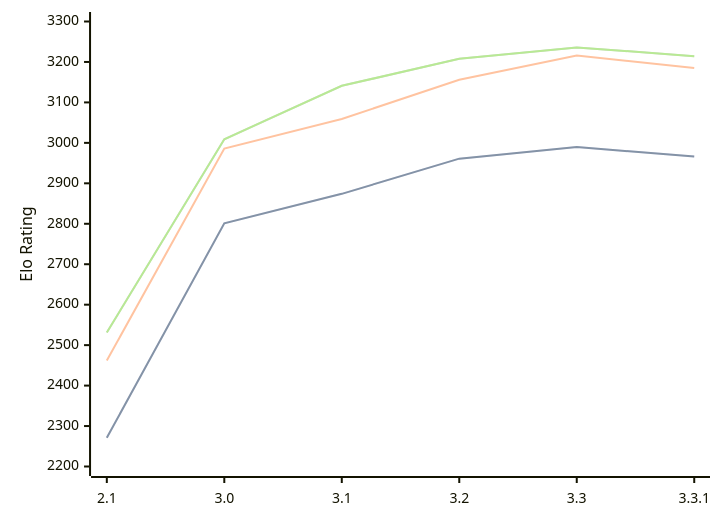
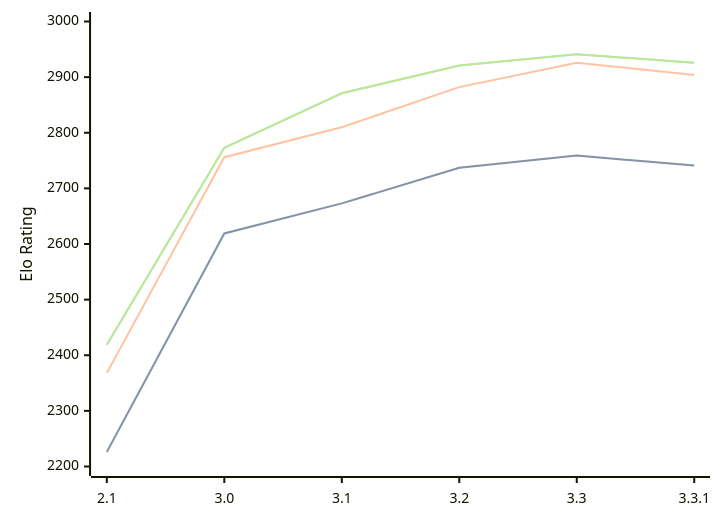
Before and after one commit to computer-chess-index/cci: the diagram in engines/Petrel.md, drawn with Mermaid. The commit also changed other lines of this file, not shown here.

Commit message:
Update CCI Ratings (ELO VLTC) - 2026-02-23

````diff
--- a/engines/Petrel.md
+++ b/engines/Petrel.md
@@ -40,11 +40,11 @@
 ```mermaid
 %%{init: {"theme":"base","themeVariables":{"seriesColors:['#a3a3a3','#222221','#faa371']}}}%%
 xychart-beta
   x-axis ["2.1", "3.0", "3.1", "3.2", "3.3", "3.3.1"]
-  y-axis "Elo Rating" 2200 --> 3300
-  line "STC (8.0+0.08s)" [2271, 2801, 2874, 2961, 2990, 2966]
-  line "STC (8.0+0.08s)" [2271, 2801, 2874, 2961, 2990, 2966]
-  line "LTC (60.0+0.60s)" [2462, 2986, 3059, 3156, 3216, 3185]
-  line "VLTC (2m24s+1.12s)" [2531, 3009, 3141, 3208, 3236, 3214]
-  line "VLTC (2m24s+1.12s)" [2531, 3009, 3141, 3208, 3236, 3214]
+  y-axis "Elo Rating" 2200 --> 3000
+  line "STC (8.0+0.08s)" [2226, 2619, 2673, 2737, 2759, 2741]
+  line "STC (8.0+0.08s)" [2226, 2619, 2673, 2737, 2759, 2741]
+  line "LTC (60.0+0.60s)" [2368, 2756, 2810, 2882, 2926, 2904]
+  line "VLTC (2m24s+1.12s)" [2419, 2773, 2871, 2921, 2941, 2926]
+  line "VLTC (2m24s+1.12s)" [2419, 2773, 2871, 2921, 2941, 2926]
 ```
````
